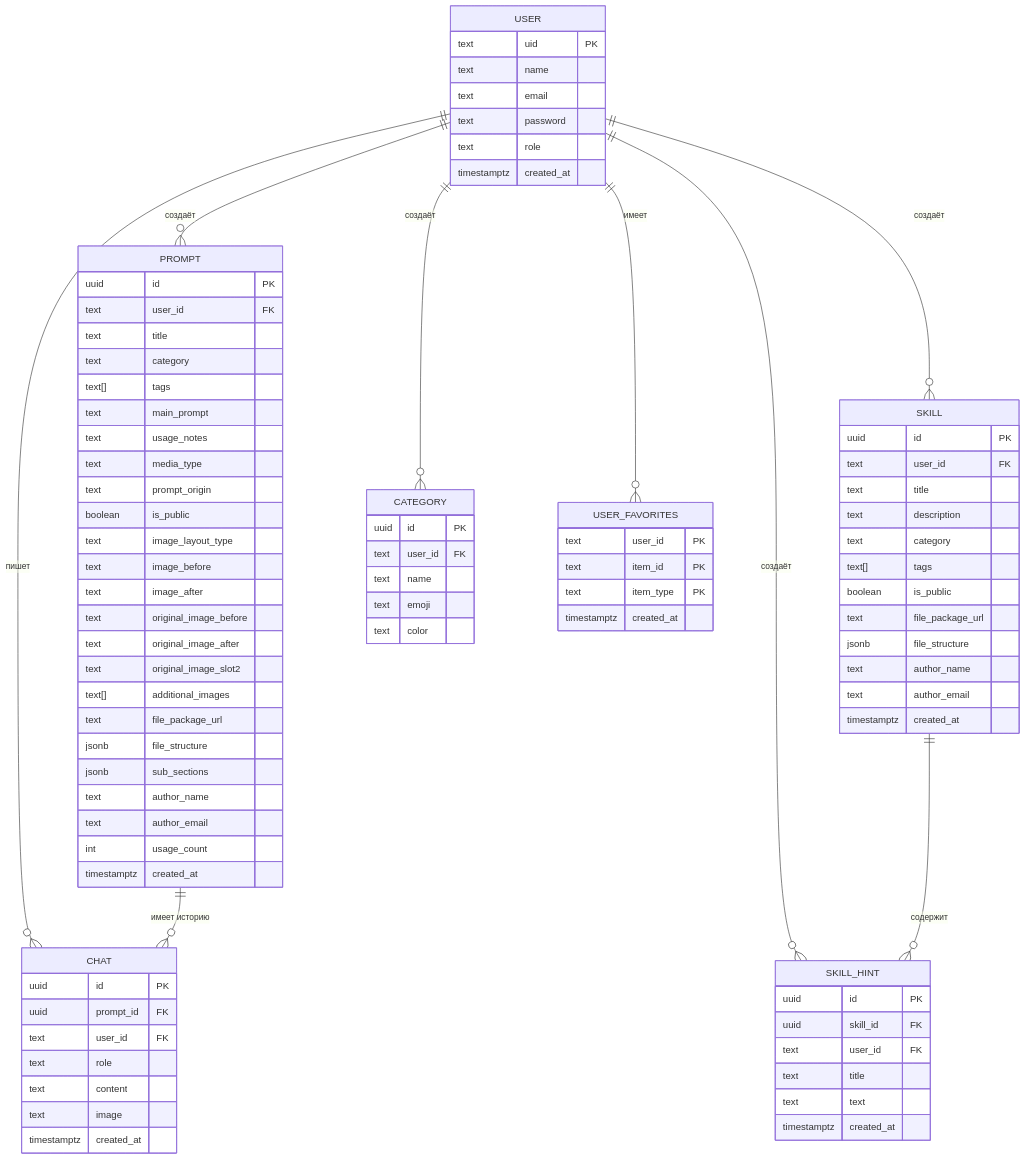
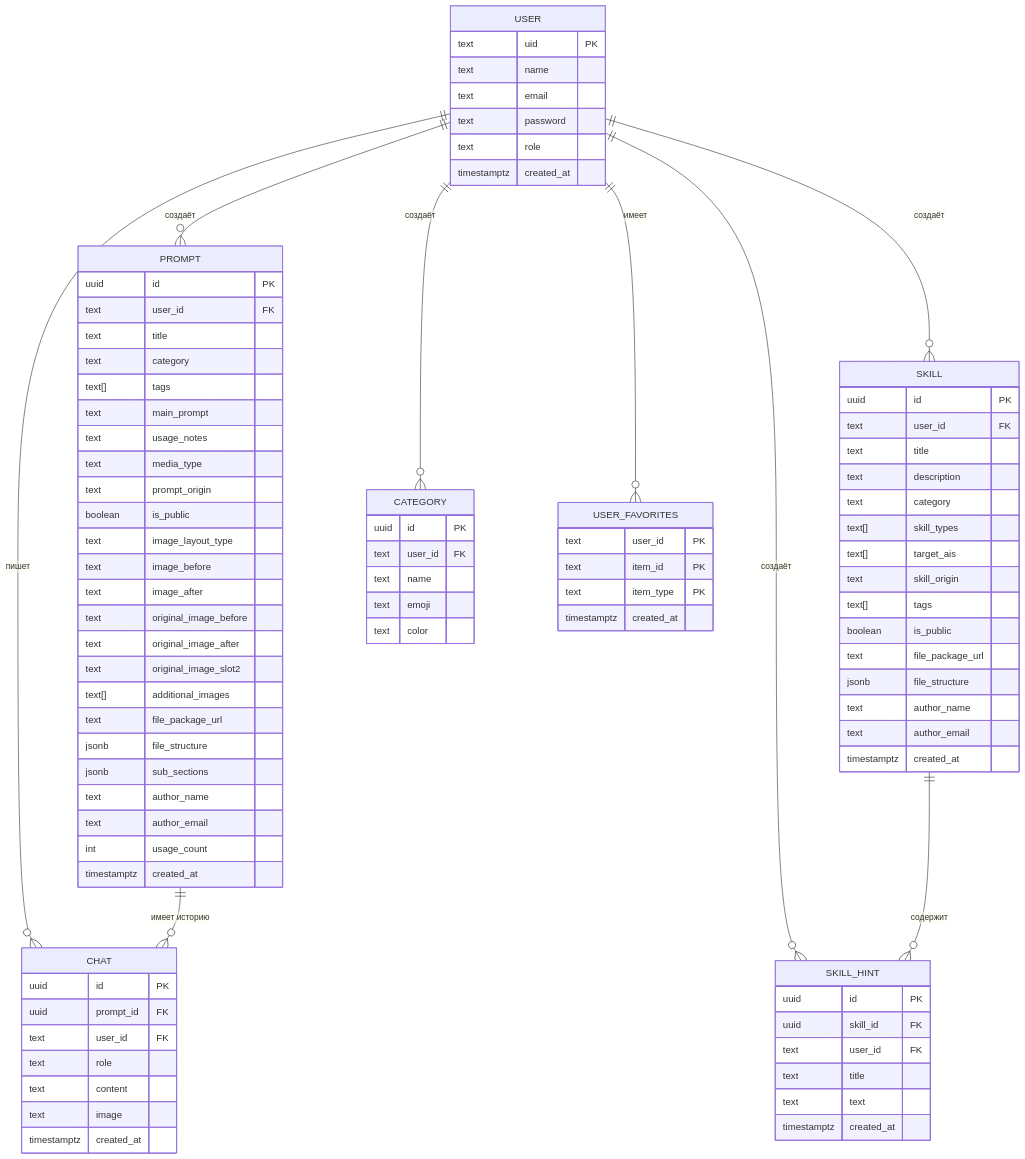
One commit to evergardenforwork-ui/promptvault changed the diagram in Agent/MD_files/SCHEMA.md. Above: the diagram before and after it, drawn with Mermaid. The commit also changed other lines of this file and 14 other files, not shown here.

```diff
--- a/Agent/MD_files/SCHEMA.md
+++ b/Agent/MD_files/SCHEMA.md
@@ -47,6 +47,9 @@
         text title
         text description
         text category
+        text[] skill_types
+        text[] target_ais
+        text skill_origin
         text[] tags
         boolean is_public
         text file_package_url
```
